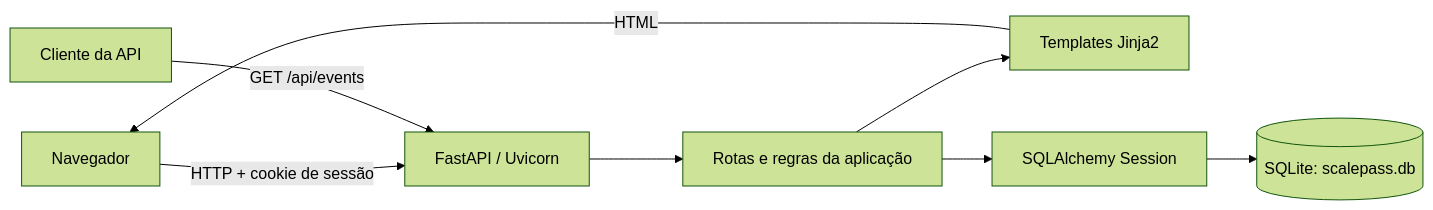
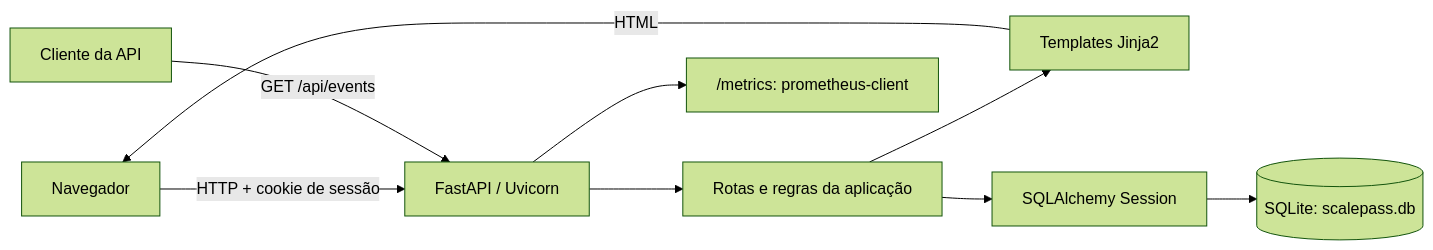
One commit to Warier/srelab changed the first of 3 diagrams in docs/architecture.md. Above: the diagram before and after it, drawn with Mermaid (forest theme). The commit also changed other lines of this file and 12 other files, not shown here.

````diff
--- a/docs/architecture.md
+++ b/docs/architecture.md
@@ -9,10 +9,11 @@
 ```mermaid
 flowchart LR
     U["Navegador"] -->|"HTTP + cookie de sessão"| F["FastAPI / Uvicorn"]
     C["Cliente da API"] -->|"GET /api/events"| F
     F --> R["Rotas e regras da aplicação"]
     R --> J["Templates Jinja2"]
     J -->|"HTML"| U
     R --> S["SQLAlchemy Session"]
     S --> D[("SQLite: scalepass.db")]
+    F --> M["/metrics: prometheus-client"]
 ```
````
